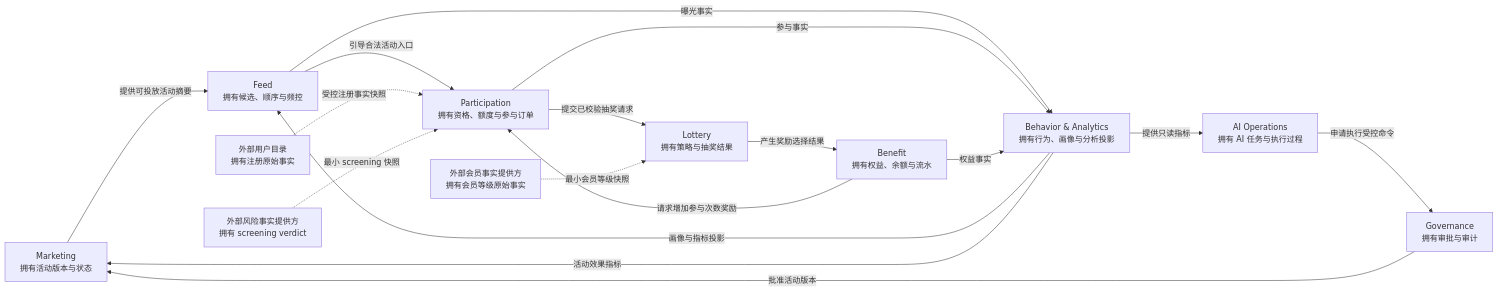
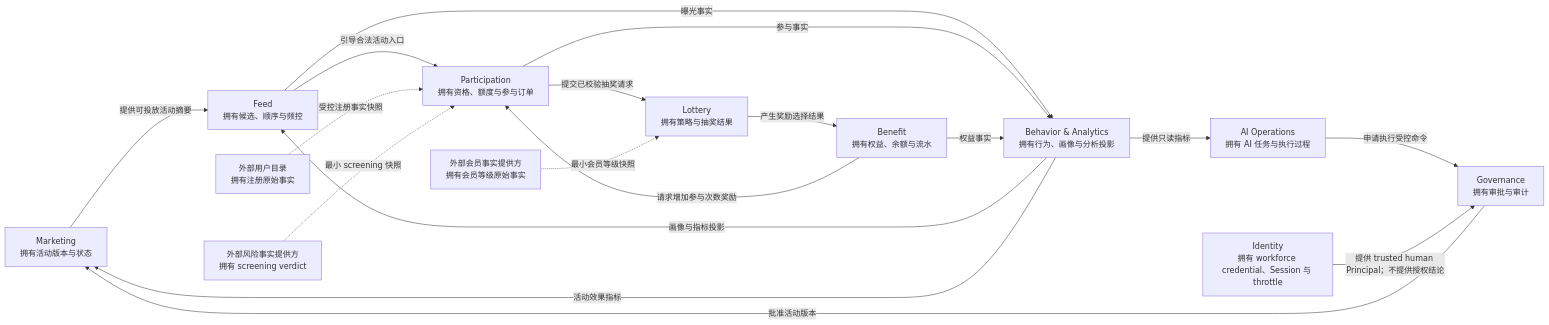
Before and after one commit to Atingaii/GrowthOS-Go: the fourth of 5 diagrams in docs/product/system-design-v0.md, drawn with Mermaid. The commit also changed other lines of this file and 4 other files, not shown here.

````diff
--- a/docs/product/system-design-v0.md
+++ b/docs/product/system-design-v0.md
@@ -161,31 +170,33 @@
 ```mermaid
 flowchart LR
     MKT[Marketing\n拥有活动版本与状态]
     GOV[Governance\n拥有审批与审计]
     FEED[Feed\n拥有候选、顺序与频控]
     PAR[Participation\n拥有资格、额度与参与订单]
     LOT[Lottery\n拥有策略与抽奖结果]
     BEN[Benefit\n拥有权益、余额与流水]
     BA[Behavior & Analytics\n拥有行为、画像与分析投影]
     AI[AI Operations\n拥有 AI 任务与执行过程]
+    ID[Identity\n拥有 workforce credential、Session 与 throttle]
     USERDIR[外部用户目录\n拥有注册原始事实]
     RISKFACT[外部风险事实提供方\n拥有 screening verdict]
     MEMBERSHIP[外部会员事实提供方\n拥有会员等级原始事实]
 
     GOV -->|批准活动版本| MKT
     MKT -->|提供可投放活动摘要| FEED
     FEED -->|引导合法活动入口| PAR
     PAR -->|提交已校验抽奖请求| LOT
     LOT -->|产生奖励选择结果| BEN
     BEN -->|请求增加参与次数奖励| PAR
     FEED -->|曝光事实| BA
     PAR -->|参与事实| BA
     BEN -->|权益事实| BA
     BA -->|画像与指标投影| FEED
     BA -->|活动效果指标| MKT
     AI -->|申请执行受控命令| GOV
+    ID -->|提供 trusted human Principal；不提供授权结论| GOV
     BA -->|提供只读指标| AI
     USERDIR -. 受控注册事实快照 .-> PAR
     RISKFACT -. 最小 screening 快照 .-> PAR
     MEMBERSHIP -. 最小会员等级快照 .-> LOT
 ```
````
